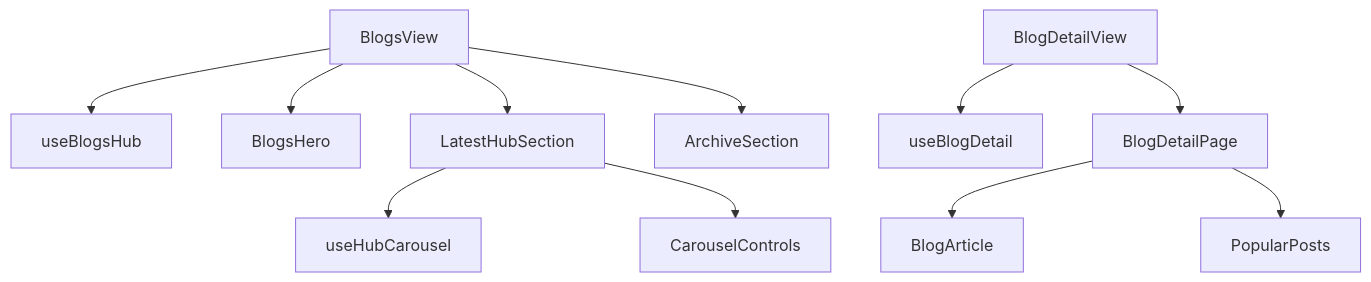
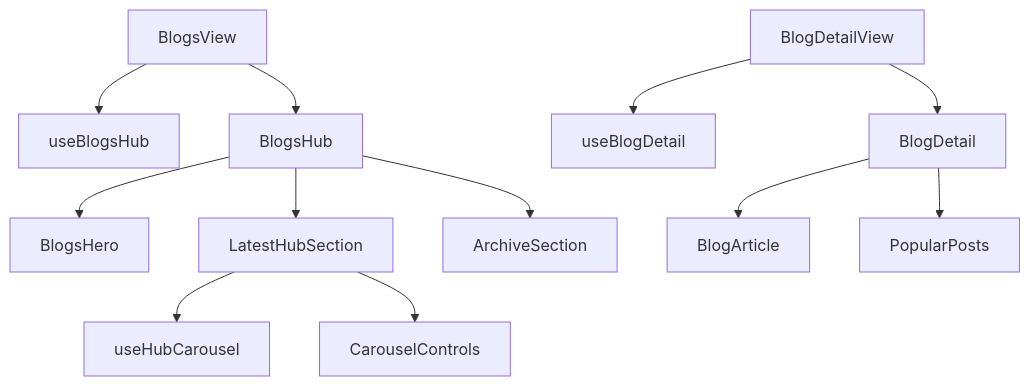
One commit to Mern-Unbeatable/mohammad_web changed the diagram in src/modules/dash/user/blogs/doc/STRUCTURE.md. Above: the diagram before and after it, drawn with Mermaid. The commit also changed other lines of this file and 187 other files, not shown here.

````diff
--- a/src/modules/dash/user/blogs/doc/STRUCTURE.md
+++ b/src/modules/dash/user/blogs/doc/STRUCTURE.md
@@ -69,8 +79,8 @@
 ```mermaid
 flowchart TD
   BlogsView --> useBlogsHub
-  BlogsView --> BlogsHero & LatestHubSection & ArchiveSection
+  BlogsView --> BlogsHub --> BlogsHero & LatestHubSection & ArchiveSection
   LatestHubSection --> useHubCarousel & CarouselControls
   BlogDetailView --> useBlogDetail
-  BlogDetailView --> BlogDetailPage --> BlogArticle & PopularPosts
+  BlogDetailView --> BlogDetail --> BlogArticle & PopularPosts
 ```
````
